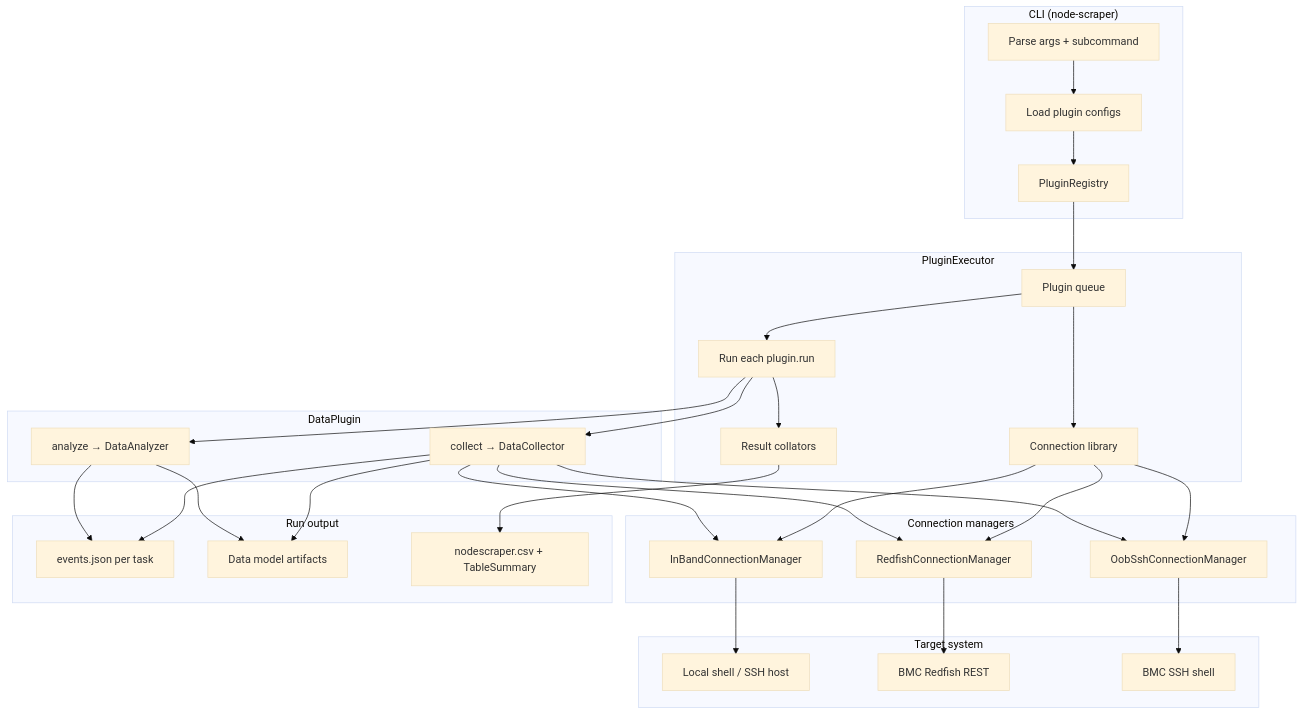
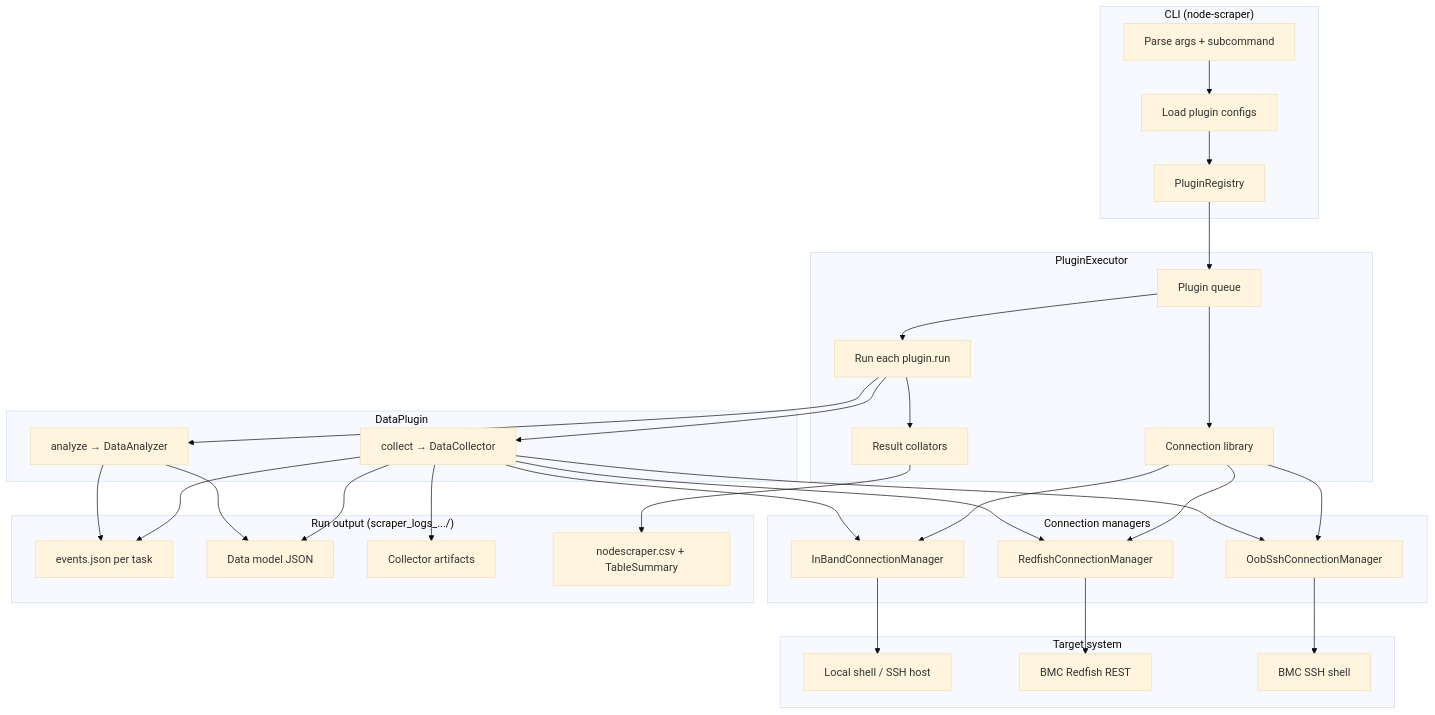
One commit to amd/node-scraper changed the first of 2 diagrams in docs/architecture/overview.md. Above: the diagram before and after it, drawn with Mermaid (base theme). The commit also changed other lines of this file and 6 other files, not shown here.

````diff
--- a/docs/architecture/overview.md
+++ b/docs/architecture/overview.md
@@ -7,58 +7,60 @@
 ```mermaid
 flowchart TB
     subgraph CLI["CLI (node-scraper)"]
         A[Parse args + subcommand]
         B[Load plugin configs]
         C[PluginRegistry]
     end
 
     subgraph Exec["PluginExecutor"]
         D[Plugin queue]
         E[Connection library]
         F[Run each plugin.run]
         G[Result collators]
     end
 
     subgraph Plugin["DataPlugin"]
         H[collect → DataCollector]
         I[analyze → DataAnalyzer]
     end
 
     subgraph Conn["Connection managers"]
         J[InBandConnectionManager]
         K[RedfishConnectionManager]
         L[OobSshConnectionManager]
     end
 
     subgraph Target["Target system"]
         M[Local shell / SSH host]
         N[BMC Redfish REST]
         O[BMC SSH shell]
     end
 
-    subgraph Output["Run output"]
+    subgraph Output["Run output (scraper_logs_.../)"]
         P[events.json per task]
-        Q[Data model artifacts]
+        Q[Data model JSON]
+        S[Collector artifacts]
         R[nodescraper.csv + TableSummary]
     end
 
     A --> B --> C --> D
     D --> E
     E --> J
     E --> K
     E --> L
     D --> F
     F --> H
     F --> I
     H --> J
     H --> K
     H --> L
     J --> M
     K --> N
     L --> O
+    H --> S
+    H --> Q
     H --> P
     I --> P
-    H --> Q
     I --> Q
     F --> G --> R
 ```
````
